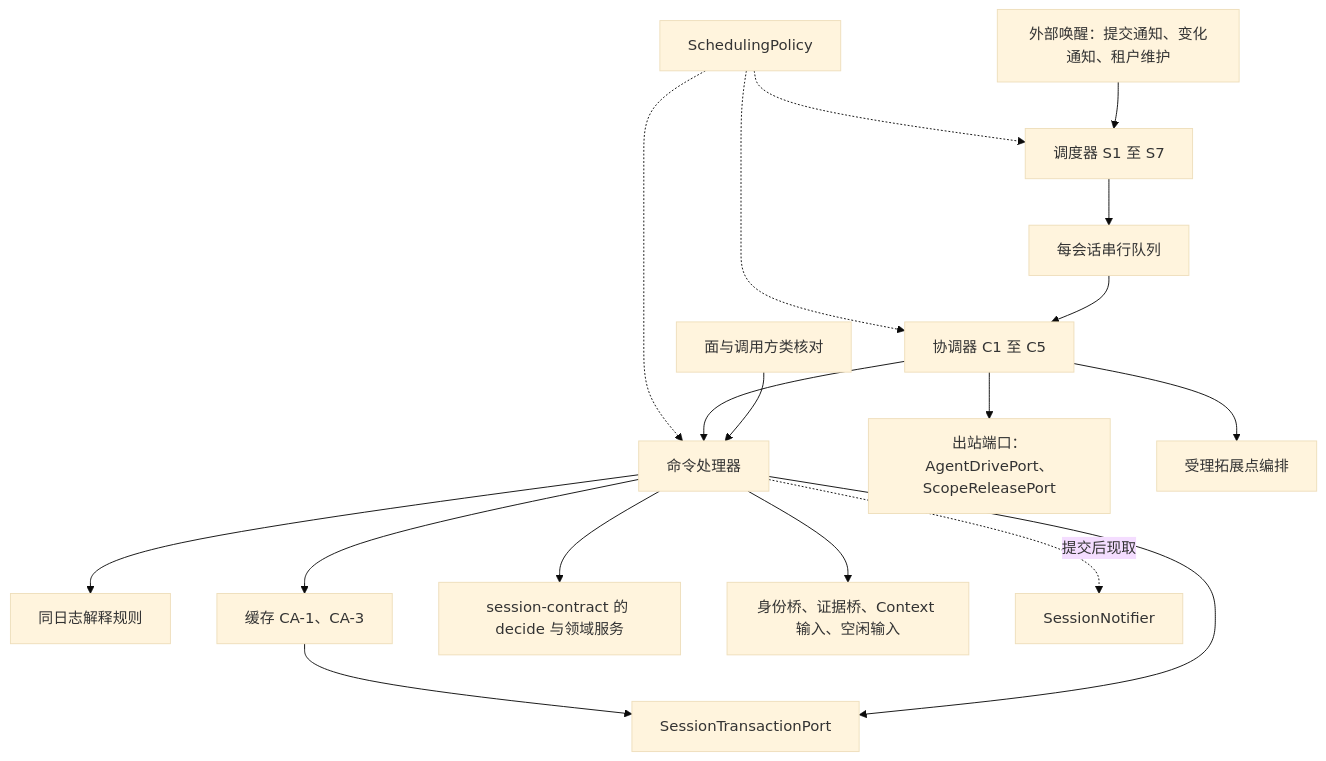
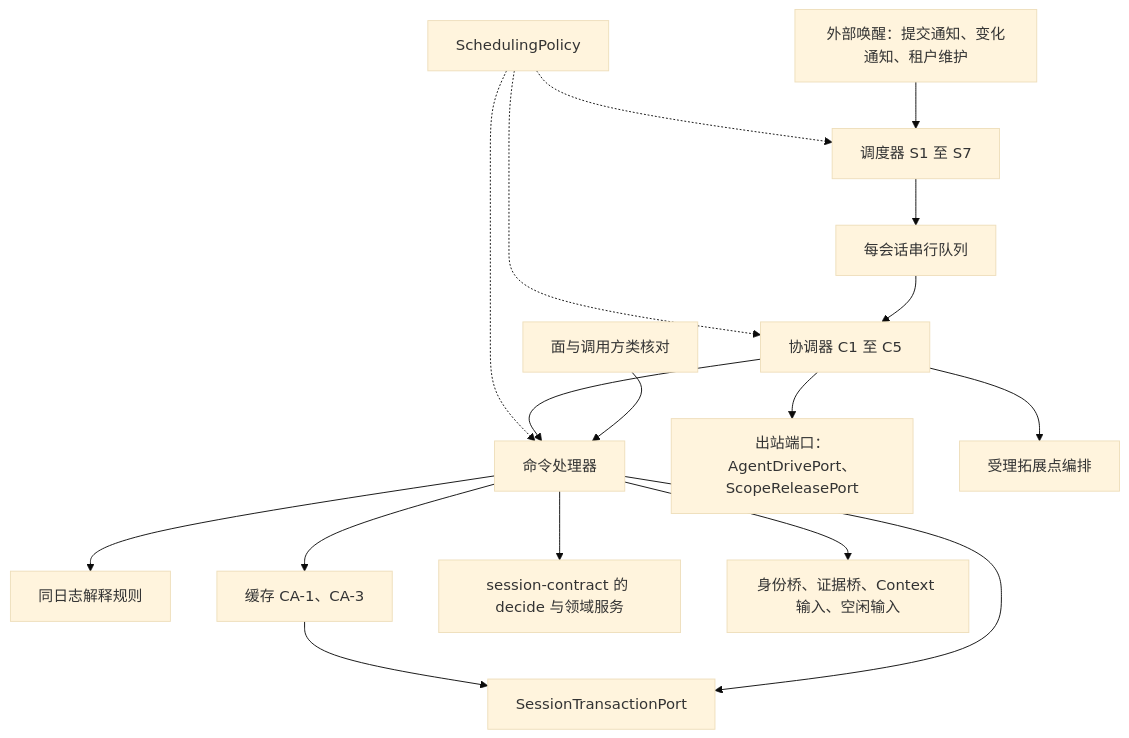
Before and after one commit to nemori-ai/omne-harness-lite: the diagram in packages/session/session/docs/architecture/README.md, drawn with Mermaid (base theme). The commit also changed other lines of this file and 36 other files, not shown here.

````diff
--- a/packages/session/session/docs/architecture/README.md
+++ b/packages/session/session/docs/architecture/README.md
@@ -26,20 +26,19 @@
 ```mermaid
 flowchart TB
   Faces[面与调用方类核对] --> CP[命令处理器]
   Signals[外部唤醒：提交通知、变化通知、租户维护] --> Sched[调度器 S1 至 S7]
   Sched --> Queue[每会话串行队列]
   Queue --> Coord[协调器 C1 至 C5]
   Coord --> CP
   Coord --> Out[出站端口：AgentDrivePort、ScopeReleasePort]
   Coord --> EX[受理拓展点编排]
   CP --> RD[同日志解释规则]
   CP --> Cache[缓存 CA-1、CA-3]
   CP --> Pure[session-contract 的 decide 与领域服务]
   CP --> Tx[SessionTransactionPort]
   CP --> Bridges[身份桥、证据桥、Context 输入、空闲输入]
-  CP -. 提交后现取 .-> Notify[SessionNotifier]
   Cache --> Tx
   Policy[SchedulingPolicy] -.-> Sched
   Policy -.-> Coord
   Policy -.-> CP
 ```
````
